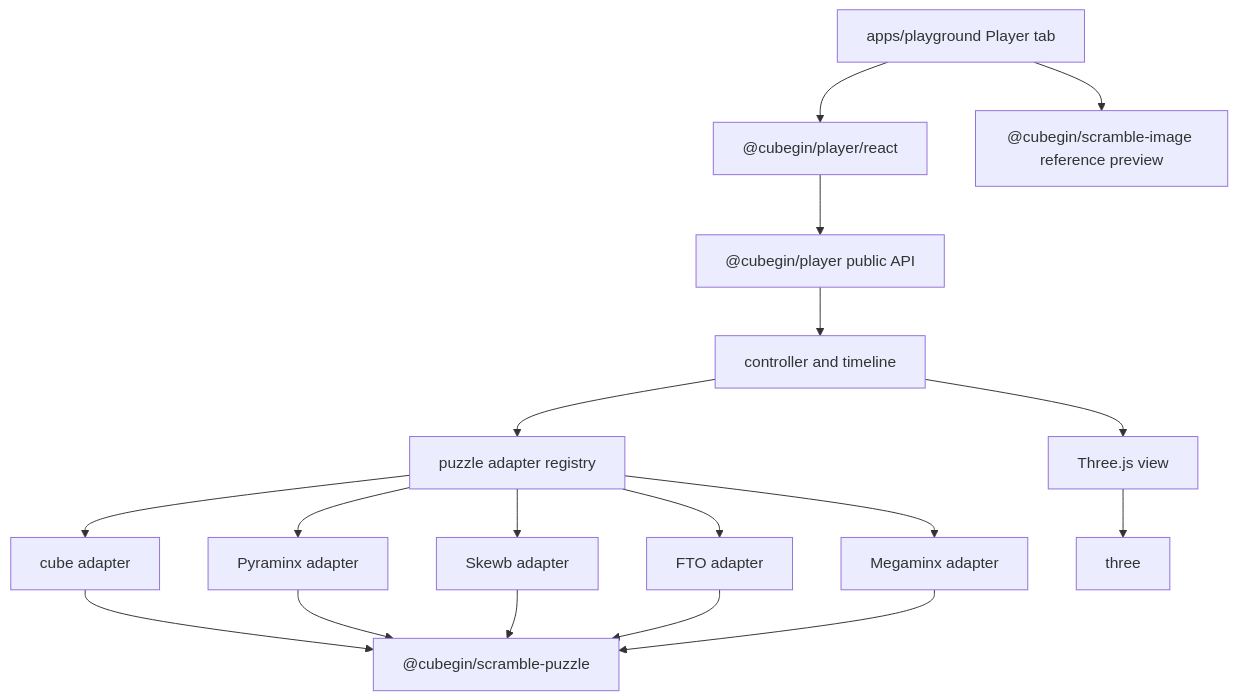
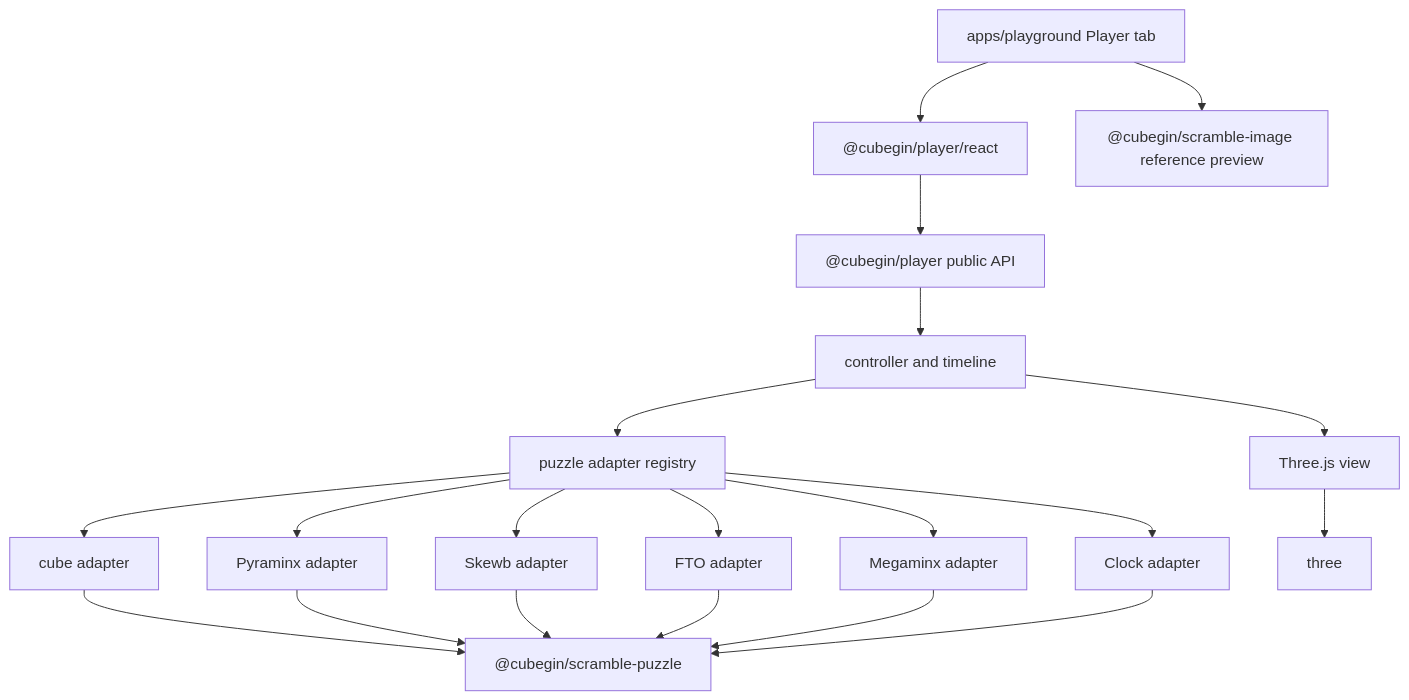
The diagram in docs/packages/player/index.md (deweyou/cube-kit), drawn with Mermaid before and after one commit. The commit also changed other lines of this file and 28 other files, not shown here.

````diff
--- a/docs/packages/player/index.md
+++ b/docs/packages/player/index.md
@@ -3,20 +3,22 @@
 ```mermaid
 flowchart TD
     Public["@cubegin/player public API"] --> Controller["controller and timeline"]
     React["@cubegin/player/react"] --> Public
     Controller --> Registry["puzzle adapter registry"]
     Registry --> Cube["cube adapter"]
     Registry --> Pyram["Pyraminx adapter"]
     Registry --> Skewb["Skewb adapter"]
     Registry --> Fto["FTO adapter"]
     Registry --> Minx["Megaminx adapter"]
+    Registry --> Clock["Clock adapter"]
     Controller --> View["Three.js view"]
     View --> Three["three"]
     Cube --> Puzzle["@cubegin/scramble-puzzle"]
     Pyram --> Puzzle
     Skewb --> Puzzle
     Fto --> Puzzle
     Minx --> Puzzle
+    Clock --> Puzzle
     Playground["apps/playground Player tab"] --> React
     Playground --> Image["@cubegin/scramble-image reference preview"]
 ```
````
